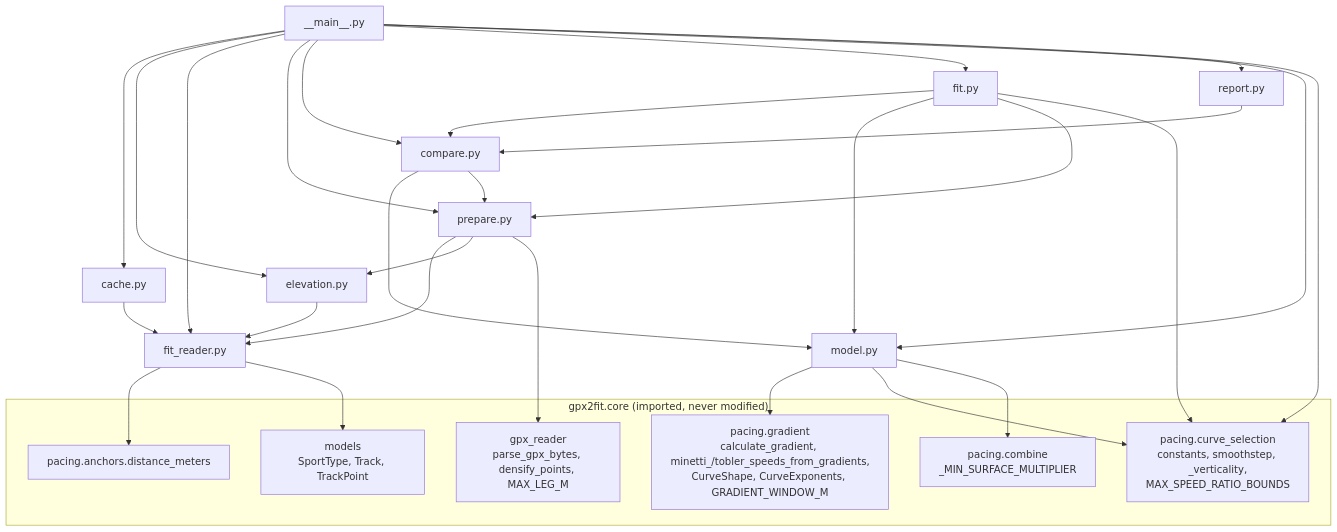
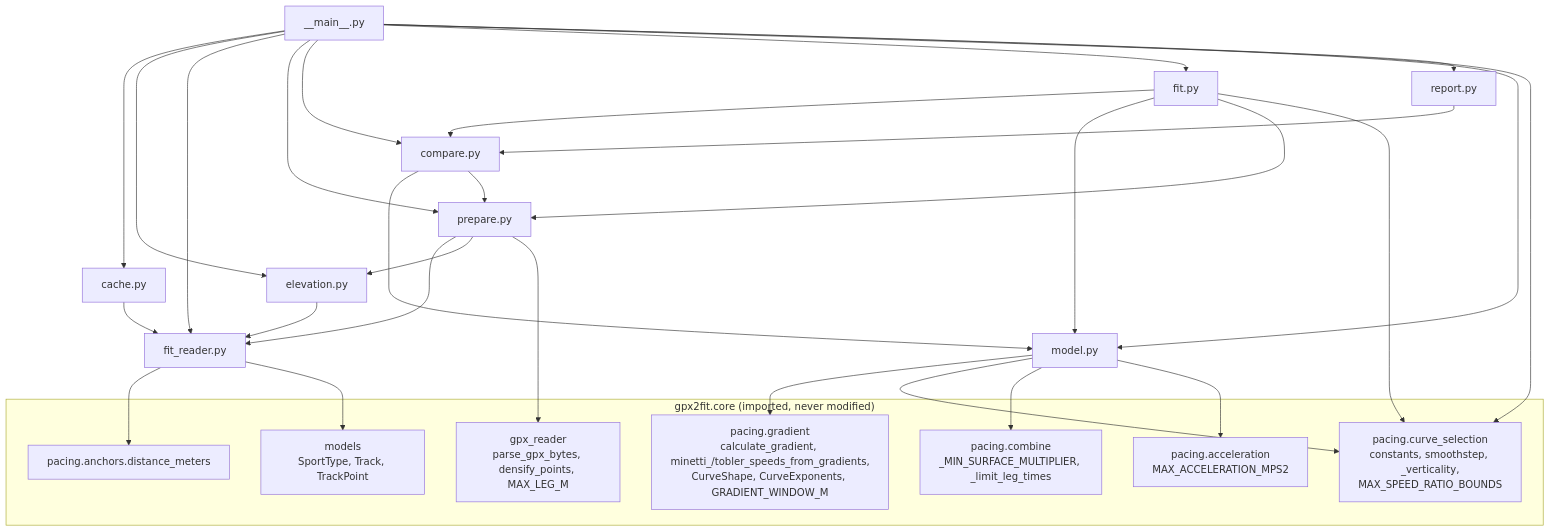
The first of 16 diagrams in docs/TUNING_ARCHITECTURE.md (martin-iflap/GPX_to_FIT), drawn with Mermaid before and after one commit. The commit also changed other lines of this file and 16 other files, not shown here.

Commit message:
Max allowed acceleration per sport added to remove sudden jumps in speed which surface or gradient may cause.

````diff
--- a/docs/TUNING_ARCHITECTURE.md
+++ b/docs/TUNING_ARCHITECTURE.md
@@ -73,49 +73,51 @@
 ```mermaid
 flowchart TD
   main["__main__.py"]
   cache["cache.py"]
   fr["fit_reader.py"]
   elev["elevation.py"]
   prep["prepare.py"]
   model["model.py"]
   cmp["compare.py"]
   fit["fit.py"]
   rep["report.py"]
 
   main --> cache
   main --> elev
   main --> fr
   main --> prep
   main --> cmp
   main --> fit
   main --> rep
   main --> model
   cache --> fr
   elev --> fr
   prep --> fr
   prep --> elev
   cmp --> model
   cmp --> prep
   fit --> cmp
   fit --> model
   fit --> prep
   rep --> cmp
 
   subgraph core["gpx2fit.core (imported, never modified)"]
     models["models<br/>SportType, Track, TrackPoint"]
     gpxr["gpx_reader<br/>parse_gpx_bytes, densify_points, MAX_LEG_M"]
     grad["pacing.gradient<br/>calculate_gradient, minetti_/tobler_speeds_from_gradients,<br/>CurveShape, CurveExponents, GRADIENT_WINDOW_M"]
     cs["pacing.curve_selection<br/>constants, smoothstep, _verticality,<br/>MAX_SPEED_RATIO_BOUNDS"]
-    comb["pacing.combine<br/>_MIN_SURFACE_MULTIPLIER"]
+    comb["pacing.combine<br/>_MIN_SURFACE_MULTIPLIER, _limit_leg_times"]
+    acc["pacing.acceleration<br/>MAX_ACCELERATION_MPS2"]
     anc["pacing.anchors.distance_meters"]
   end
 
   fr --> anc
   fr --> models
   prep --> gpxr
   model --> grad
   model --> cs
   model --> comb
+  model --> acc
   fit --> cs
   main --> cs
 ```
````
